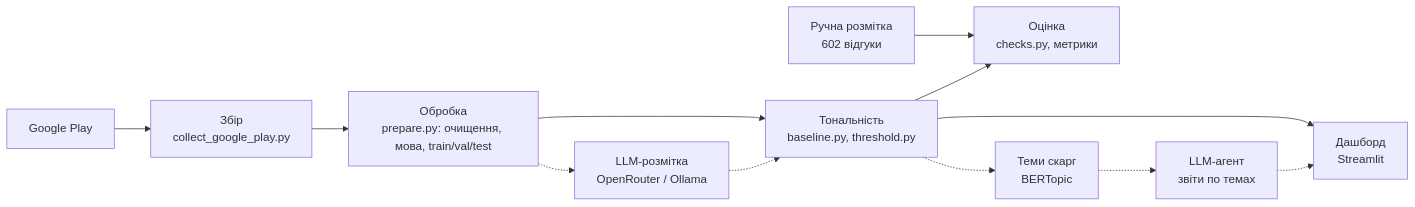
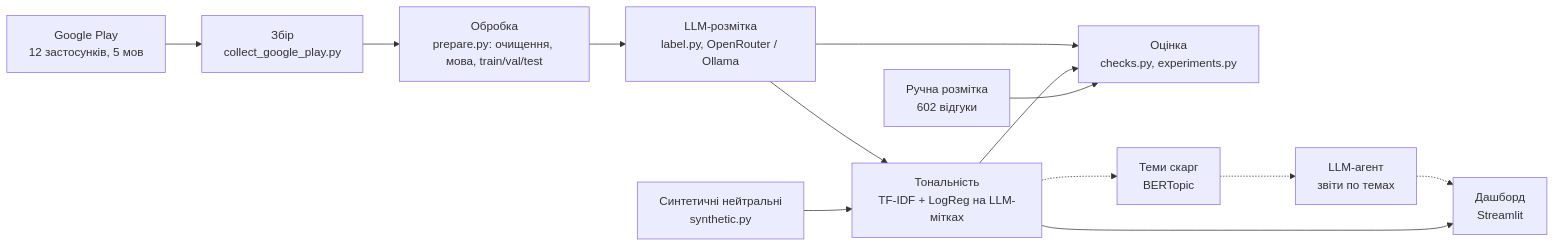
The diagram in docs/architecture.md (Agenoed/review-insights), drawn with Mermaid before and after one commit. The commit also changed other lines of this file and 27 other files, not shown here.

Commit message:
тиждень 4: llm-розмітка (openrouter і ollama), нові категорії і мови, синтетичні нейтральні відгуки, експерименти, xlm-t, тести і документація

````diff
--- a/docs/architecture.md
+++ b/docs/architecture.md
@@ -3,14 +3,15 @@
 ```mermaid
 flowchart LR
-    A["Google Play"] --> B["Збір<br/>collect_google_play.py"]
+    A["Google Play<br/>12 застосунків, 5 мов"] --> B["Збір<br/>collect_google_play.py"]
     B --> C["Обробка<br/>prepare.py: очищення, мова, train/val/test"]
-    C --> D["Тональність<br/>baseline.py, threshold.py"]
-    D --> E["Дашборд<br/>Streamlit"]
-    G["Ручна розмітка<br/>602 відгуки"] --> H["Оцінка<br/>checks.py, метрики"]
-    D --> H
-    C -.-> F["LLM-розмітка<br/>OpenRouter / Ollama"]
-    F -.-> D
-    D -.-> T["Теми скарг<br/>BERTopic"]
-    T -.-> L["LLM-агент<br/>звіти по темах"]
-    L -.-> E
+    C --> L["LLM-розмітка<br/>label.py, OpenRouter / Ollama"]
+    S["Синтетичні нейтральні<br/>synthetic.py"] --> M
+    L --> M["Тональність<br/>TF-IDF + LogReg на LLM-мітках"]
+    M --> E["Дашборд<br/>Streamlit"]
+    G["Ручна розмітка<br/>602 відгуки"] --> H["Оцінка<br/>checks.py, experiments.py"]
+    M --> H
+    L --> H
+    M -.-> T["Теми скарг<br/>BERTopic"]
+    T -.-> R["LLM-агент<br/>звіти по темах"]
+    R -.-> E
 ```
````
